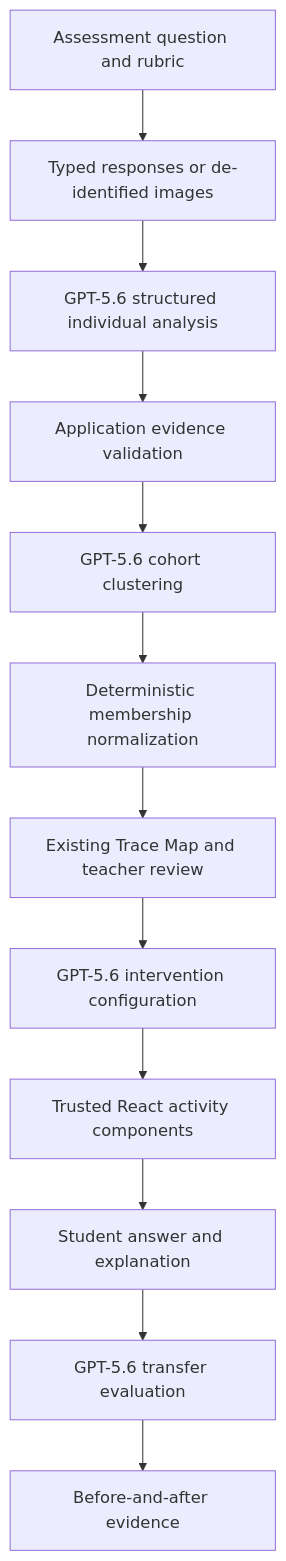
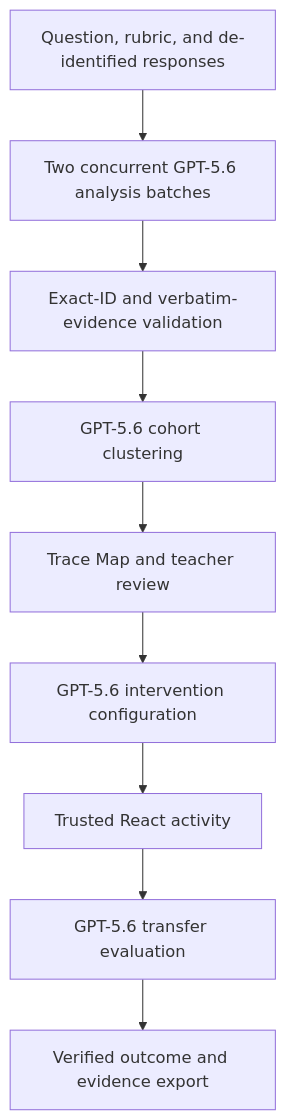
Before and after one commit to Rex739/ClassTrace: the diagram in README.md, drawn with Mermaid. The commit also changed other lines of this file, not shown here.

````diff
--- a/README.md
+++ b/README.md
@@ -11,14 +66,11 @@
 ```mermaid
 flowchart TD
-    A[Assessment question and rubric] --> B[Typed responses or de-identified images]
-    B --> C[GPT-5.6 structured individual analysis]
-    C --> D[Application evidence validation]
-    D --> E[GPT-5.6 cohort clustering]
-    E --> F[Deterministic membership normalization]
-    F --> G[Existing Trace Map and teacher review]
-    G --> H[GPT-5.6 intervention configuration]
-    H --> I[Trusted React activity components]
-    I --> J[Student answer and explanation]
-    J --> K[GPT-5.6 transfer evaluation]
-    K --> L[Before-and-after evidence]
+    A[Question, rubric, and de-identified responses] --> B[Two concurrent GPT-5.6 analysis batches]
+    B --> C[Exact-ID and verbatim-evidence validation]
+    C --> D[GPT-5.6 cohort clustering]
+    D --> E[Trace Map and teacher review]
+    E --> F[GPT-5.6 intervention configuration]
+    F --> G[Trusted React activity]
+    G --> H[GPT-5.6 transfer evaluation]
+    H --> I[Verified outcome and evidence export]
 ```
````
